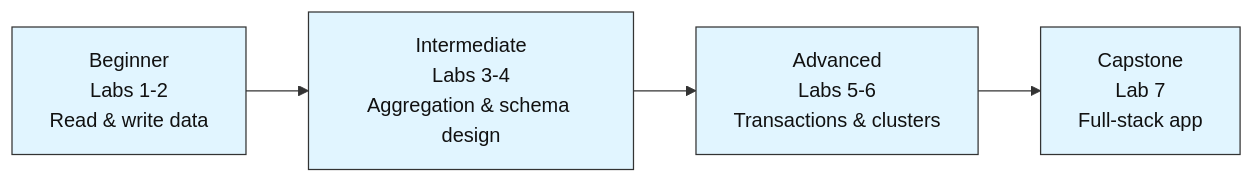
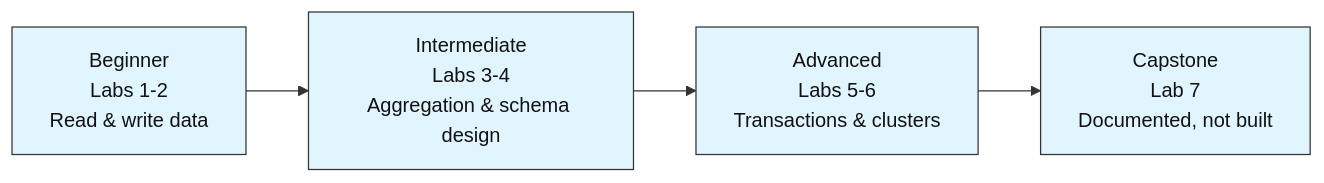
One commit to CogKnowEdge-Solutions/Context-Memory-Layer changed the fourth of 4 diagrams in MongoDB-Labs/README.md. Above: the diagram before and after it, drawn with Mermaid. The commit also changed other lines of this file and 21 other files, not shown here.

````diff
--- a/MongoDB-Labs/README.md
+++ b/MongoDB-Labs/README.md
@@ -186,9 +226,9 @@
 ```mermaid
 flowchart LR
     B["Beginner<br/>Labs 1-2<br/>Read & write data"] --> I["Intermediate<br/>Labs 3-4<br/>Aggregation & schema design"]
     I --> A["Advanced<br/>Labs 5-6<br/>Transactions & clusters"]
-    A --> C["Capstone<br/>Lab 7<br/>Full-stack app"]
+    A --> C["Capstone<br/>Lab 7<br/>Documented, not built"]
 
     classDef defaultStyle fill:#e1f5ff,stroke:#333333,stroke-width:1px,color:#111111
     class B,I,A,C defaultStyle
 ```
````
